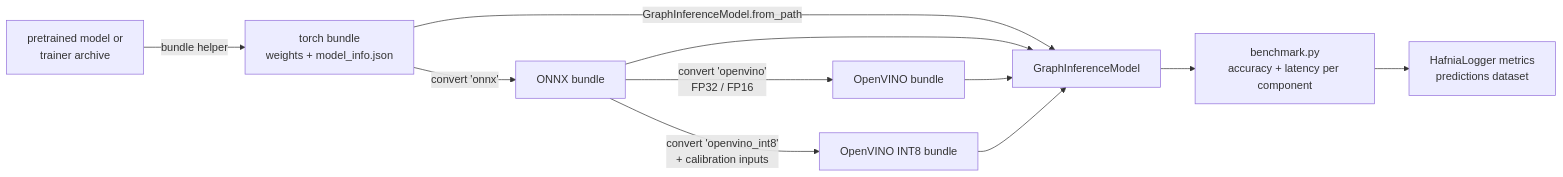
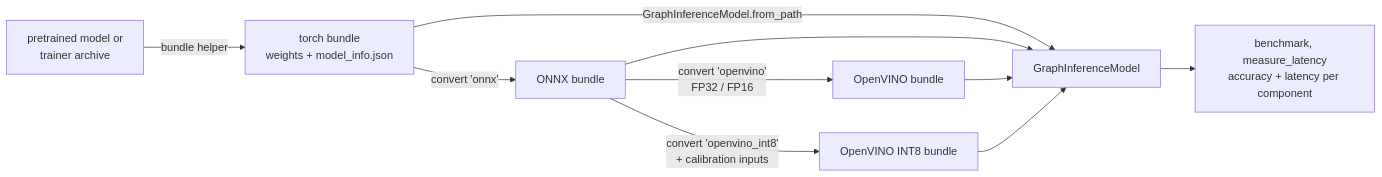
One commit to milestone-hafnia/hafnia-inference-model changed the diagram in docs/design.md. Above: the diagram before and after it, drawn with Mermaid. The commit also changed other lines of this file and 14 other files, not shown here.

````diff
--- a/docs/design.md
+++ b/docs/design.md
@@ -544,13 +550,12 @@
 ```mermaid
 flowchart LR
     A[pretrained model or<br/>trainer archive] -->|bundle helper| T[torch bundle<br/>weights + model_info.json]
     T -->|convert 'onnx'| B[ONNX bundle]
     B -->|convert 'openvino'<br/>FP32 / FP16| D[OpenVINO bundle]
     B -->|convert 'openvino_int8'<br/>+ calibration inputs| Q[OpenVINO INT8 bundle]
     T -->|GraphInferenceModel.from_path| M[GraphInferenceModel]
     B --> M
     D --> M
     Q --> M
-    M --> F[benchmark.py<br/>accuracy + latency per component]
-    F --> G[HafniaLogger metrics<br/>predictions dataset]
+    M --> F[benchmark, measure_latency<br/>accuracy + latency per component]
 ```
````
